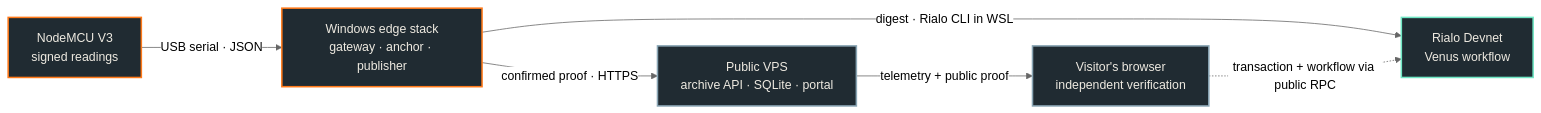
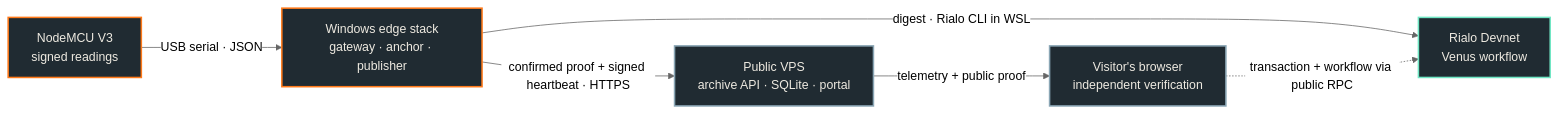
Before and after one commit to robotek8/rialo-edge-log: the diagram in docs/architecture.mmd, drawn with Mermaid (neutral theme). The commit also changed 16 other files, not shown here.

```diff
--- a/docs/architecture.mmd
+++ b/docs/architecture.mmd
@@ -1,19 +1,19 @@
 flowchart LR
     ESP["NodeMCU V3<br/>signed readings"]
     GW["Windows edge stack<br/>gateway · anchor · publisher"]
     RIALO["Rialo Devnet<br/>Venus workflow"]
     VPS["Public VPS<br/>archive API · SQLite · portal"]
     USER["Visitor's browser<br/>independent verification"]
 
     ESP -- "USB serial · JSON" --> GW
     GW -- "digest · Rialo CLI in WSL" --> RIALO
-    GW -- "confirmed proof · HTTPS" --> VPS
+    GW -- "confirmed proof + signed heartbeat · HTTPS" --> VPS
     VPS -- "telemetry + public proof" --> USER
     USER -. "transaction + workflow via public RPC" .-> RIALO
 
     classDef edge fill:#202b32,stroke:#ff7919,color:#eeeae1,stroke-width:2px
     classDef chain fill:#202b32,stroke:#70e6c4,color:#eeeae1,stroke-width:2px
     classDef public fill:#202b32,stroke:#8aa6b5,color:#eeeae1,stroke-width:2px
     class ESP,GW edge
     class RIALO chain
     class VPS,USER public
```
